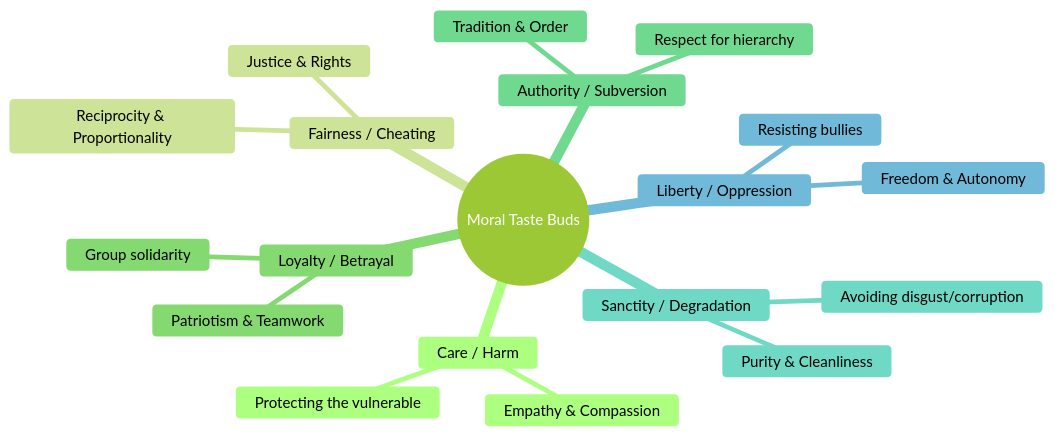
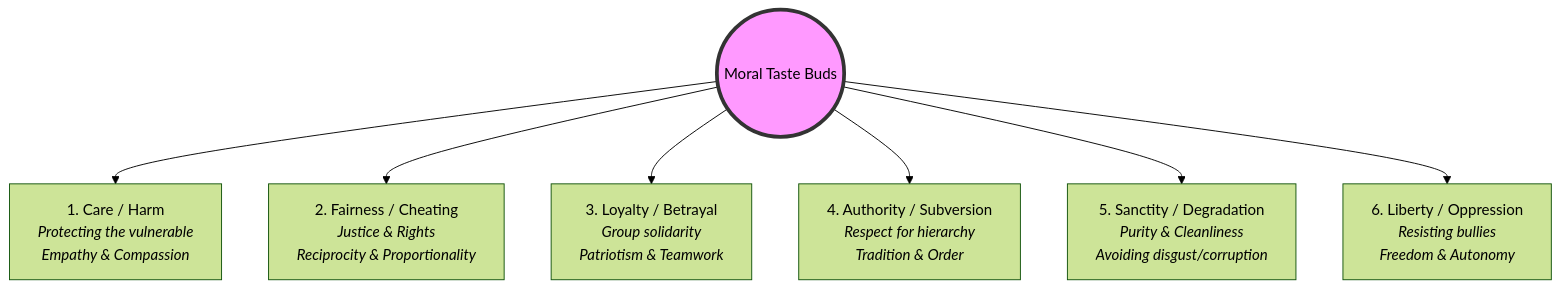
The first of 2 diagrams in humanities-finance-society/Philosophy/Morality101.md (AtlasRoX/everything101), drawn with Mermaid (forest theme) before and after one commit. The commit also changed 4 other files, not shown here.

Commit message:
fix: convert unsupported mindmap diagrams to standard flowcharts

````diff
--- a/humanities-finance-society/Philosophy/Morality101.md
+++ b/humanities-finance-society/Philosophy/Morality101.md
@@ -33,22 +33,11 @@
 ```mermaid
-mindmap
-  root((Moral Taste Buds))
-    Care / Harm
-      Protecting the vulnerable
-      Empathy & Compassion
-    Fairness / Cheating
-      Justice & Rights
-      Reciprocity & Proportionality
-    Loyalty / Betrayal
-      Group solidarity
-      Patriotism & Teamwork
-    Authority / Subversion
-      Respect for hierarchy
-      Tradition & Order
-    Sanctity / Degradation
-      Purity & Cleanliness
-      Avoiding disgust/corruption
-    Liberty / Oppression
-      Resisting bullies
-      Freedom & Autonomy
+graph TD
+    Root((Moral Taste Buds)) --> Care["1. Care / Harm<br><i>Protecting the vulnerable<br>Empathy & Compassion</i>"]
+    Root --> Fairness["2. Fairness / Cheating<br><i>Justice & Rights<br>Reciprocity & Proportionality</i>"]
+    Root --> Loyalty["3. Loyalty / Betrayal<br><i>Group solidarity<br>Patriotism & Teamwork</i>"]
+    Root --> Authority["4. Authority / Subversion<br><i>Respect for hierarchy<br>Tradition & Order</i>"]
+    Root --> Sanctity["5. Sanctity / Degradation<br><i>Purity & Cleanliness<br>Avoiding disgust/corruption</i>"]
+    Root --> Liberty["6. Liberty / Oppression<br><i>Resisting bullies<br>Freedom & Autonomy</i>"]
+
+    style Root fill:#f9f,stroke:#333,stroke-width:4px
 ```
````
